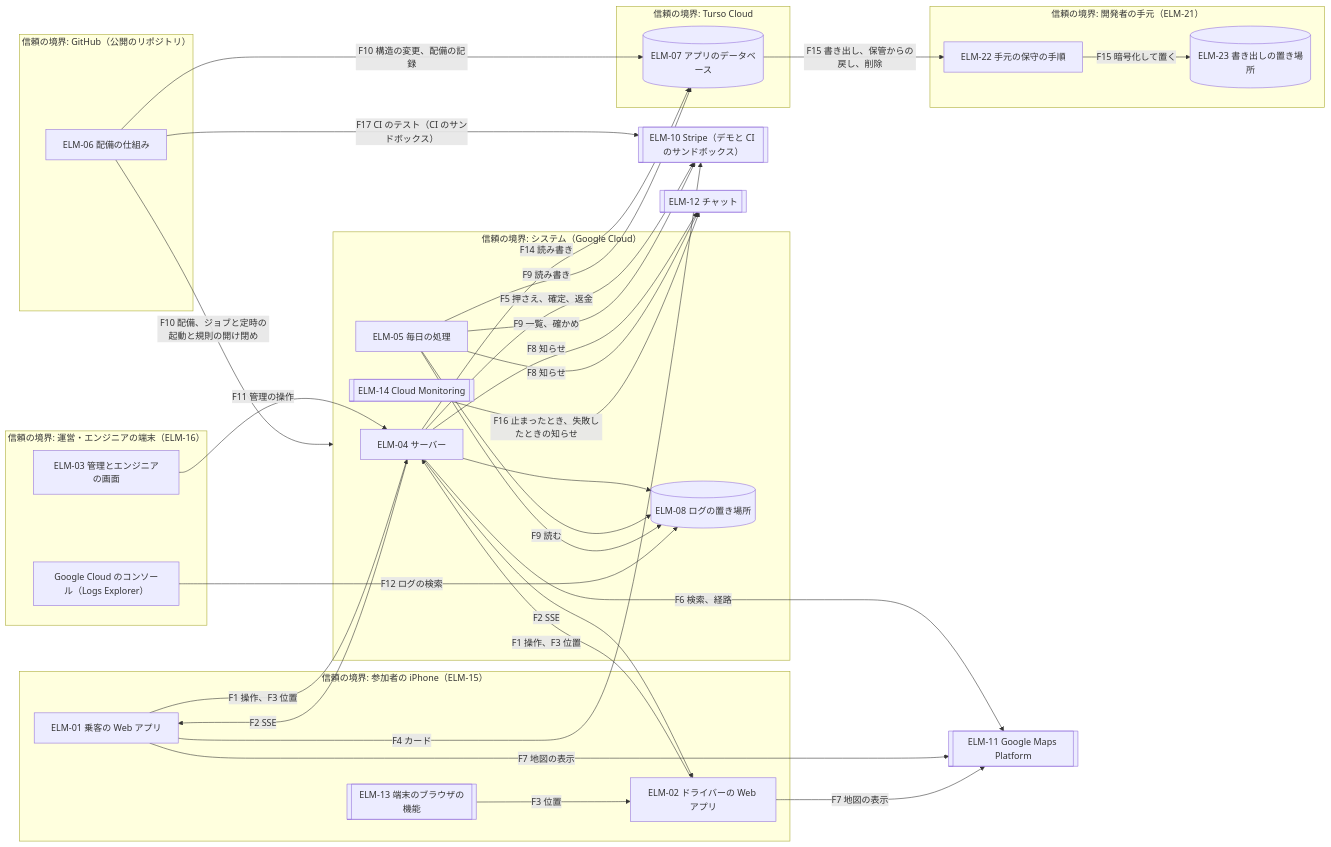
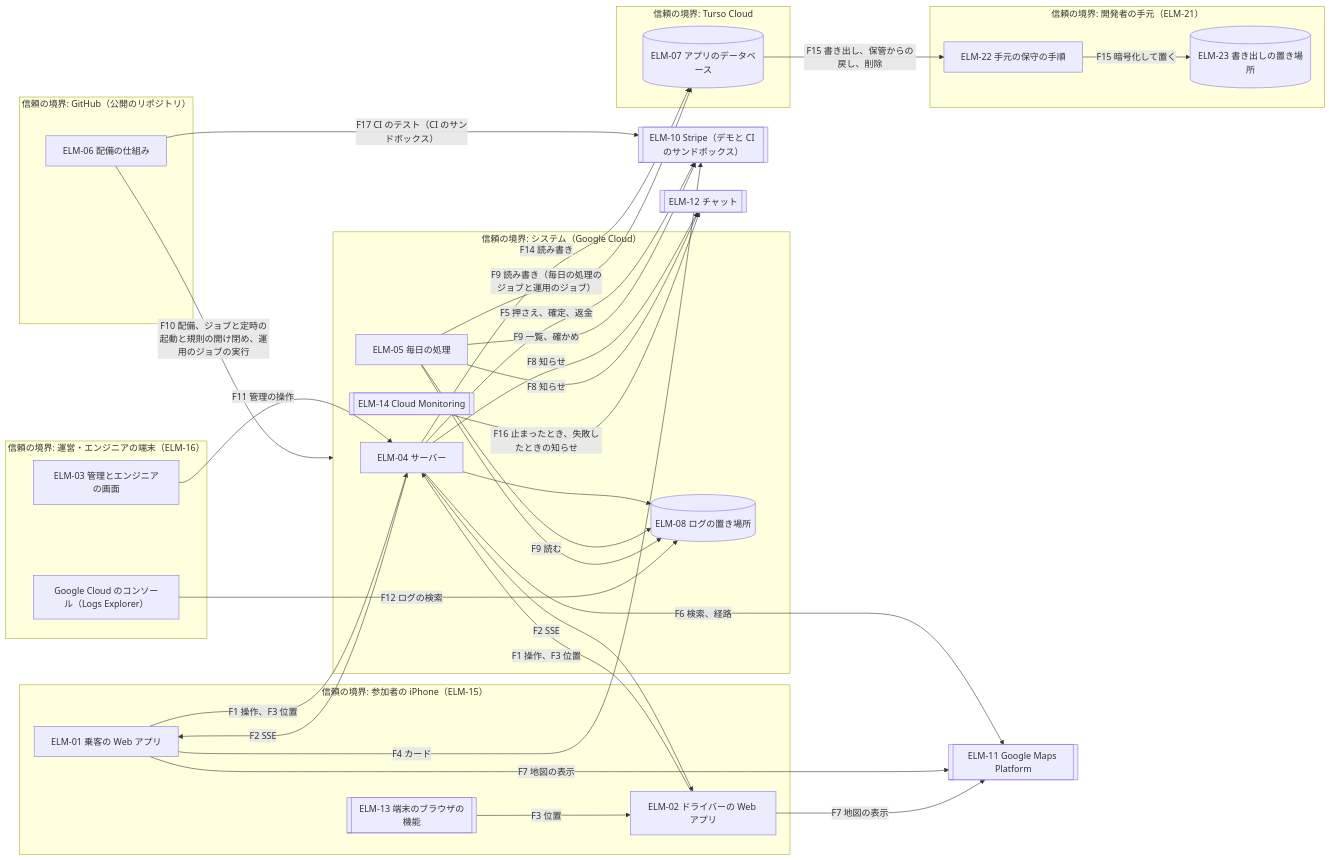
One commit to Taro000/ride-hailing-app-demo changed the first of 6 diagrams in docs/design/2-architecture.md. Above: the diagram before and after it, drawn with Mermaid. The commit also changed other lines of this file and 39 other files, not shown here.

First line of the commit message:
architecture-drivers-to-architecture 再実行（3 回目）: FND-19〜26・28・29・44・49 を受け入れる

````diff
--- a/docs/design/2-architecture.md
+++ b/docs/design/2-architecture.md
@@ -679,57 +766,56 @@
 ```mermaid
 flowchart LR
   subgraph tdev["信頼の境界: 参加者の iPhone（ELM-15）"]
     pa["ELM-01 乗客の Web アプリ"]
     da["ELM-02 ドライバーの Web アプリ"]
     bc[["ELM-13 端末のブラウザの機能"]]
   end
   subgraph topd["信頼の境界: 運営・エンジニアの端末（ELM-16）"]
     bo["ELM-03 管理とエンジニアの画面"]
     con["Google Cloud のコンソール（Logs Explorer）"]
   end
   subgraph tsys["信頼の境界: システム（Google Cloud）"]
     srv["ELM-04 サーバー"]
     batch["ELM-05 毎日の処理"]
     logs[("ELM-08 ログの置き場所")]
     mon[["ELM-14 Cloud Monitoring"]]
   end
   subgraph tdb["信頼の境界: Turso Cloud"]
     db[("ELM-07 アプリのデータベース")]
   end
   subgraph tgh["信頼の境界: GitHub（公開のリポジトリ）"]
     ci["ELM-06 配備の仕組み"]
   end
   subgraph tloc["信頼の境界: 開発者の手元（ELM-21）"]
     maint["ELM-22 手元の保守の手順"]
     exp[("ELM-23 書き出しの置き場所")]
   end
   stripe[["ELM-10 Stripe（デモと CI のサンドボックス）"]]
   maps[["ELM-11 Google Maps Platform"]]
   chat[["ELM-12 チャット"]]
   bc -->|"F3 位置"| da
   pa -->|"F1 操作、F3 位置"| srv
   da -->|"F1 操作、F3 位置"| srv
   srv -->|"F2 SSE"| pa
   srv -->|"F2 SSE"| da
   bo -->|"F11 管理の操作"| srv
   pa -->|"F4 カード"| stripe
   srv -->|"F5 押さえ、確定、返金"| stripe
   srv -->|"F6 検索、経路"| maps
   pa -->|"F7 地図の表示"| maps
   da -->|"F7 地図の表示"| maps
   srv -->|"F8 知らせ"| chat
   srv -->|"F14 読み書き"| db
   srv --> logs
-  batch -->|"F9 読み書き"| db
+  batch -->|"F9 読み書き（毎日の処理のジョブと運用のジョブ）"| db
   batch -->|"F9 一覧、確かめ"| stripe
   batch -->|"F9 読む"| logs
   batch --> logs
   batch -->|"F8 知らせ"| chat
   mon -->|"F16 止まったとき、失敗したときの知らせ"| chat
   con -->|"F12 ログの検索"| logs
-  ci -->|"F10 配備、ジョブと定時の起動と規則の開け閉め"| tsys
-  ci -->|"F10 構造の変更、配備の記録"| db
+  ci -->|"F10 配備、ジョブと定時の起動と規則の開け閉め、運用のジョブの実行"| tsys
   ci -->|"F17 CI のテスト（CI のサンドボックス）"| stripe
   db -->|"F15 書き出し、保管からの戻し、削除"| maint
   maint -->|"F15 暗号化して置く"| exp
 ```
````
